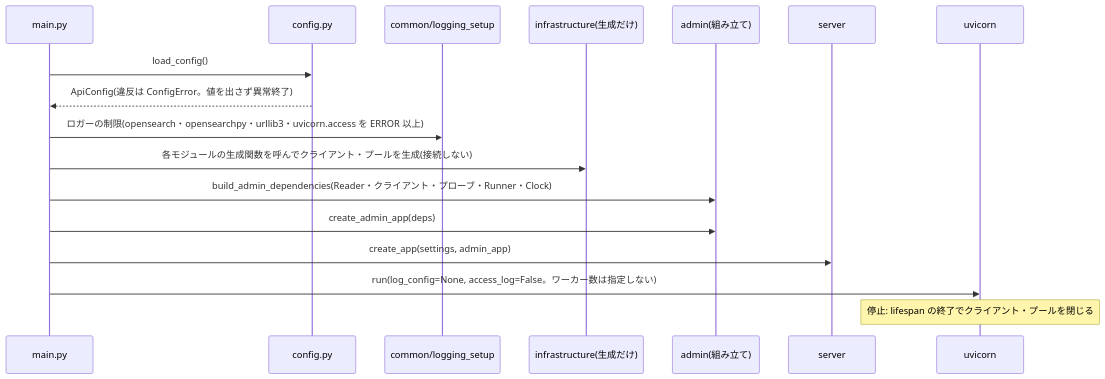
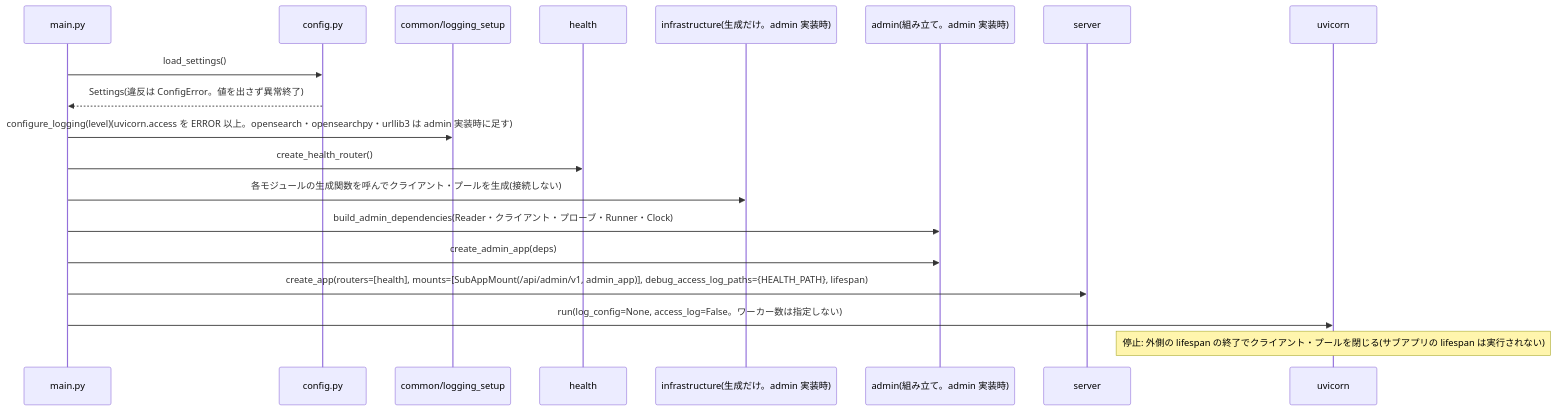
Before and after one commit to yfujita/loreley: the tenth of 10 diagrams in docs/v0.x/system-design/api/admin/admin-api-module-structure-v0.1.md, drawn with Mermaid. The commit also changed other lines of this file and 12 other files, not shown here.

````diff
--- a/docs/v0.x/system-design/api/admin/admin-api-module-structure-v0.1.md
+++ b/docs/v0.x/system-design/api/admin/admin-api-module-structure-v0.1.md
@@ -655,20 +714,22 @@
 ```mermaid
 sequenceDiagram
     participant main as main.py
     participant cfg as config.py
     participant log as common/logging_setup
-    participant infra as infrastructure(生成だけ)
-    participant admin as admin(組み立て)
+    participant health as health
+    participant infra as infrastructure(生成だけ。admin 実装時)
+    participant admin as admin(組み立て。admin 実装時)
     participant server as server
     participant uv as uvicorn
 
-    main->>cfg: load_config()
-    cfg-->>main: ApiConfig(違反は ConfigError。値を出さず異常終了)
-    main->>log: ロガーの制限(opensearch・opensearchpy・urllib3・uvicorn.access を ERROR 以上)
+    main->>cfg: load_settings()
+    cfg-->>main: Settings(違反は ConfigError。値を出さず異常終了)
+    main->>log: configure_logging(level)(uvicorn.access を ERROR 以上。opensearch・opensearchpy・urllib3 は admin 実装時に足す)
+    main->>health: create_health_router()
     main->>infra: 各モジュールの生成関数を呼んでクライアント・プールを生成(接続しない)
     main->>admin: build_admin_dependencies(Reader・クライアント・プローブ・Runner・Clock)
     main->>admin: create_admin_app(deps)
-    main->>server: create_app(settings, admin_app)
+    main->>server: create_app(routers=[health], mounts=[SubAppMount(/api/admin/v1, admin_app)], debug_access_log_paths={HEALTH_PATH}, lifespan)
     main->>uv: run(log_config=None, access_log=False。ワーカー数は指定しない)
-    Note over uv: 停止: lifespan の終了でクライアント・プールを閉じる
+    Note over uv: 停止: 外側の lifespan の終了でクライアント・プールを閉じる(サブアプリの lifespan は実行されない)
 ```
````
